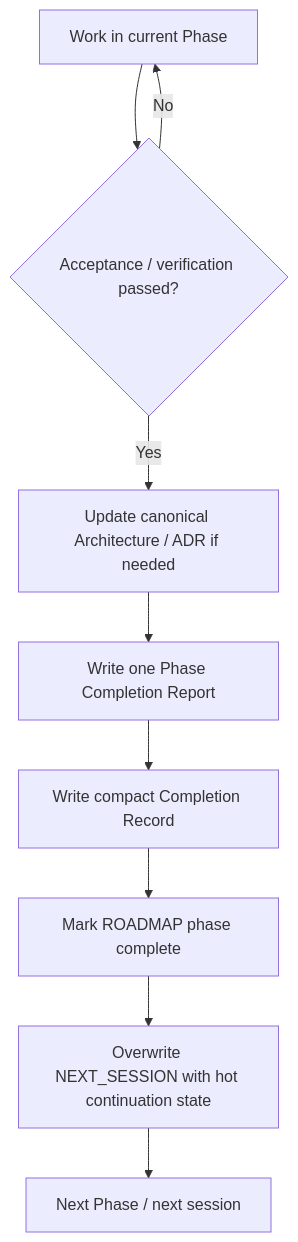
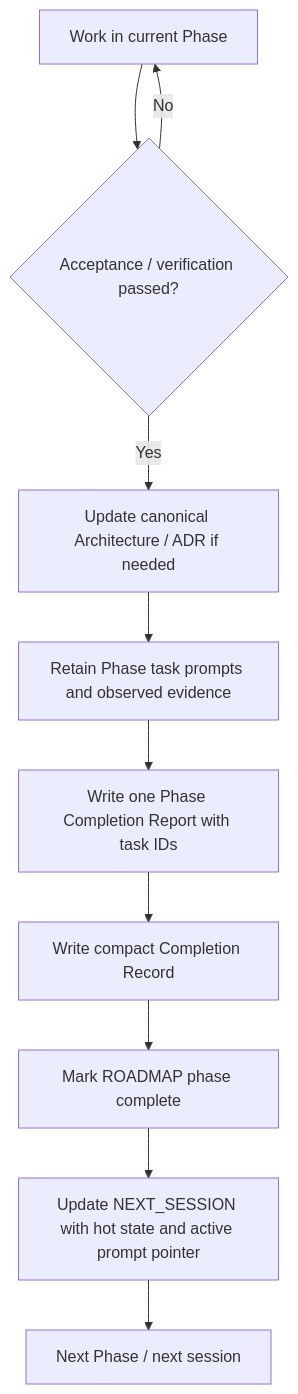
The diagram in docs/visuals/phase-completion-lifecycle.md (Elguajo/Progressive-Context-Kit), drawn with Mermaid before and after one commit. The commit also changed 33 other files, not shown here.

Commit message:
feat: preserve phase task prompts and bound execution context

````diff
--- a/docs/visuals/phase-completion-lifecycle.md
+++ b/docs/visuals/phase-completion-lifecycle.md
@@ -5,11 +5,12 @@
 ```mermaid
 flowchart TD
     W["Work in current Phase"] --> V{"Acceptance / verification passed?"}
     V -- No --> W
     V -- Yes --> C["Update canonical Architecture / ADR if needed"]
-    C --> R["Write one Phase Completion Report"]
+    C --> P["Retain Phase task prompts and observed evidence"]
+    P --> R["Write one Phase Completion Report with task IDs"]
     R --> B["Write compact Completion Record"]
     B --> M["Mark ROADMAP phase complete"]
-    M --> N["Overwrite NEXT_SESSION with hot continuation state"]
+    M --> N["Update NEXT_SESSION with hot state and active prompt pointer"]
     N --> X["Next Phase / next session"]
 ```
````
